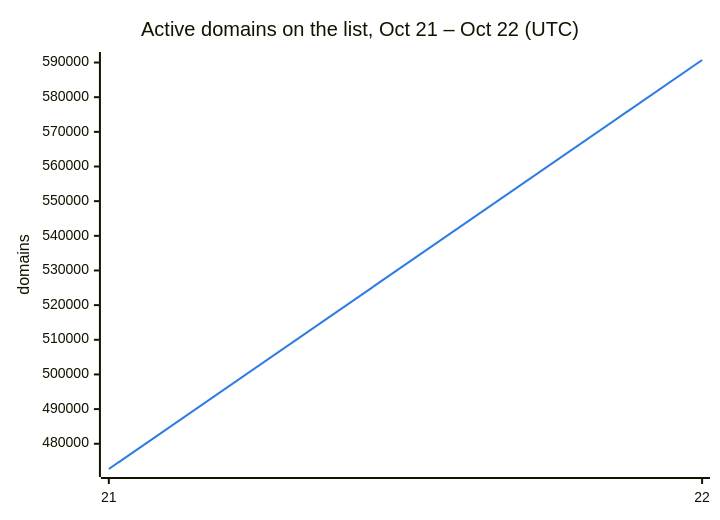
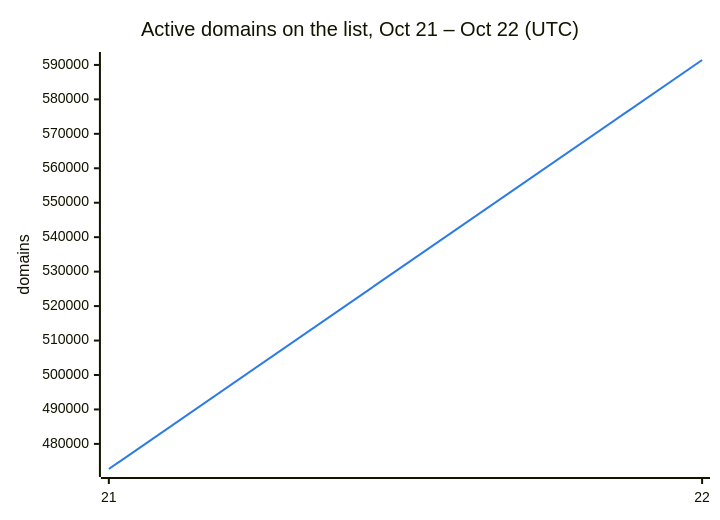
Before and after one commit to DNSBunker/CTI: the second of 3 diagrams in README.md, drawn with Mermaid. The commit also changed other lines of this file and 3 other files, not shown here.

````diff
--- a/README.md
+++ b/README.md
@@ -38,8 +38,8 @@
 ```mermaid
 %%{init: {"themeVariables": {"xyChart": {"plotColorPalette": "#2c7be5"}}}}%%
 xychart-beta
     title "Active domains on the list, Oct 21 – Oct 22 (UTC)"
     x-axis ["21", "22"]
     y-axis "domains"
-    line [472713, 590733]
+    line [472713, 591429]
 ```
````
